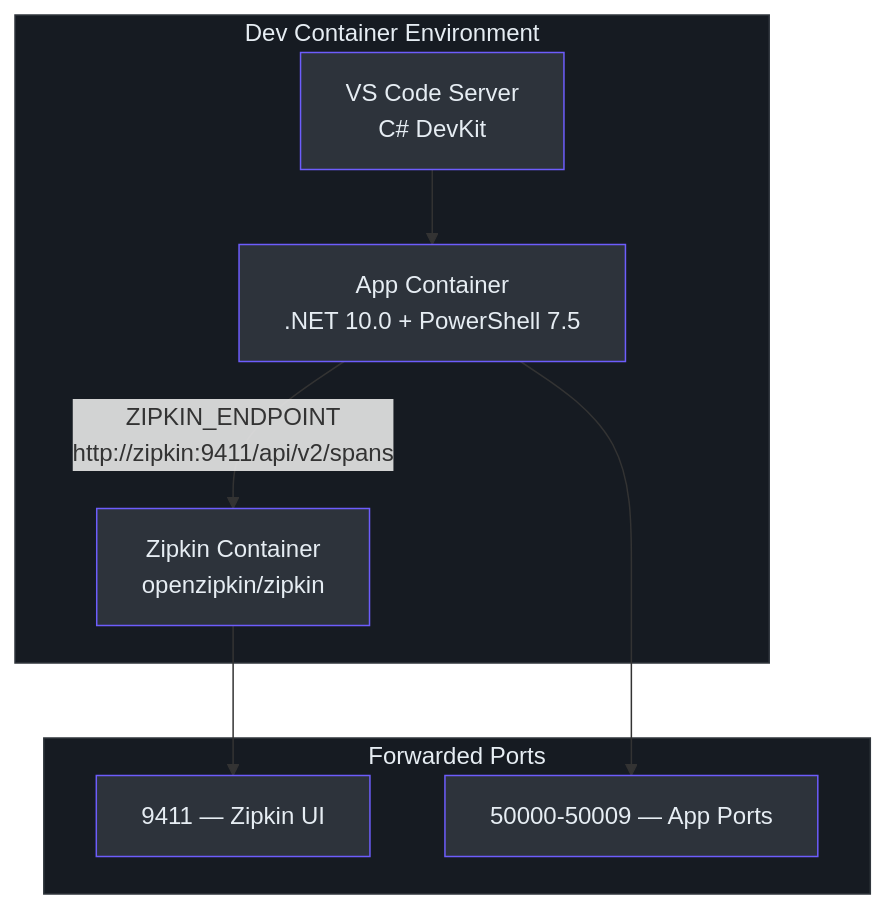
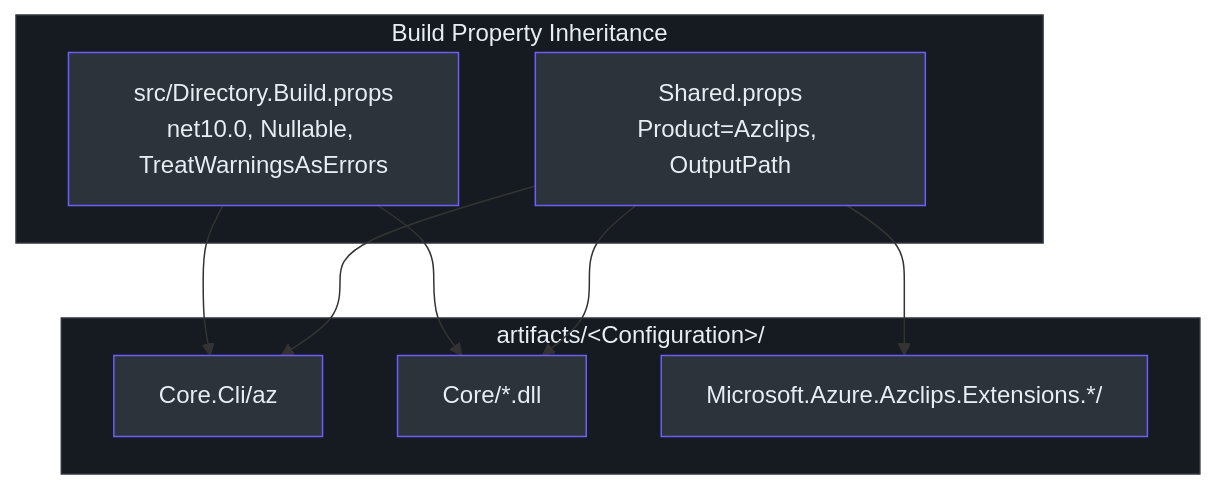
One commit to Azure/azclips changed the second of 2 diagrams in wiki/01-getting-started/environment-setup.md. Above: the diagram before and after it, drawn with Mermaid. The commit also changed other lines of this file and 19 other files, not shown here.

````diff
--- a/wiki/01-getting-started/environment-setup.md
+++ b/wiki/01-getting-started/environment-setup.md
@@ -28,26 +108,25 @@
 ```mermaid
 graph TB
-    subgraph DevEnv["Dev Container Environment"]
-        style DevEnv fill:#161b22,stroke:#30363d,color:#e6edf3
-        App["App Container<br>.NET 10.0 + PowerShell 7.5"]
-        Zipkin["Zipkin Container<br>openzipkin/zipkin"]
-        VSCode["VS Code Server<br>C# DevKit"]
+    subgraph props["Build Property Inheritance"]
+        SP["Shared.props<br>Product=Azclips, OutputPath"]
+        DBP["src/Directory.Build.props<br>net10.0, Nullable, TreatWarningsAsErrors"]
     end
+    subgraph out["artifacts/&lt;Configuration&gt;/"]
+        CLIOUT["Core.Cli/az"]
+        COREOUT["Core/*.dll"]
+        EXTOUT["Microsoft.Azure.Azclips.Extensions.*/"]
+    end
+    SP --> CLIOUT
+    SP --> COREOUT
+    SP --> EXTOUT
+    DBP --> CLIOUT
+    DBP --> COREOUT
 
-    subgraph Ports["Forwarded Ports"]
-        style Ports fill:#161b22,stroke:#30363d,color:#e6edf3
-        P9411["9411 — Zipkin UI"]
-        P5000["50000-50009 — App Ports"]
-    end
-
-    App -->|"ZIPKIN_ENDPOINT<br>http://zipkin:9411/api/v2/spans"| Zipkin
-    Zipkin --> P9411
-    App --> P5000
-    VSCode --> App
-
-    style App fill:#2d333b,stroke:#6d5dfc,color:#e6edf3
-    style Zipkin fill:#2d333b,stroke:#6d5dfc,color:#e6edf3
-    style VSCode fill:#2d333b,stroke:#6d5dfc,color:#e6edf3
-    style P9411 fill:#2d333b,stroke:#6d5dfc,color:#e6edf3
-    style P5000 fill:#2d333b,stroke:#6d5dfc,color:#e6edf3
+    style SP fill:#2d333b,stroke:#6d5dfc,color:#e6edf3
+    style DBP fill:#2d333b,stroke:#6d5dfc,color:#e6edf3
+    style CLIOUT fill:#2d333b,stroke:#6d5dfc,color:#e6edf3
+    style COREOUT fill:#2d333b,stroke:#6d5dfc,color:#e6edf3
+    style EXTOUT fill:#2d333b,stroke:#6d5dfc,color:#e6edf3
+    style props fill:#161b22,stroke:#30363d,color:#e6edf3
+    style out fill:#161b22,stroke:#30363d,color:#e6edf3
 ```
````
